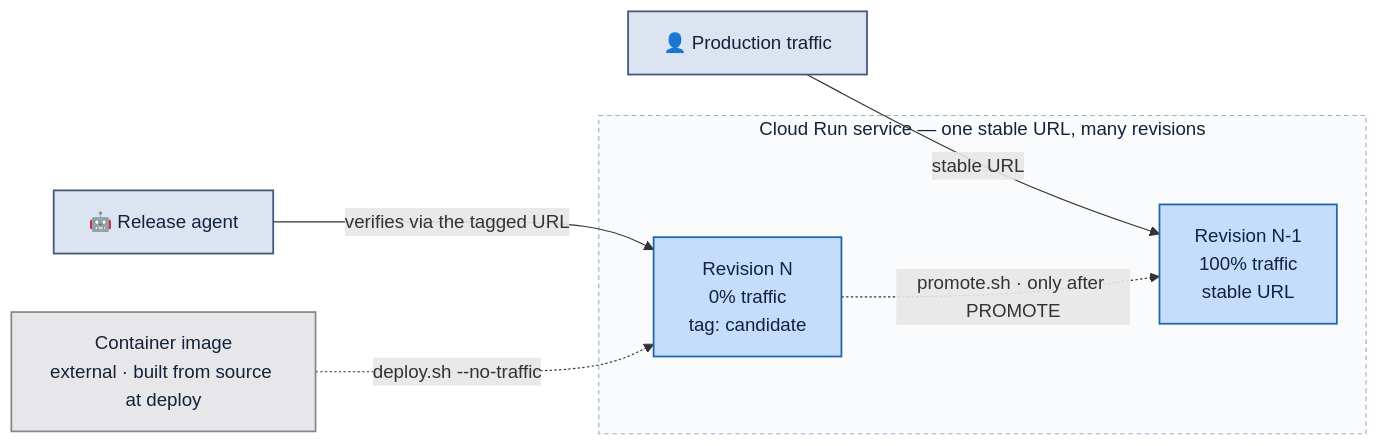
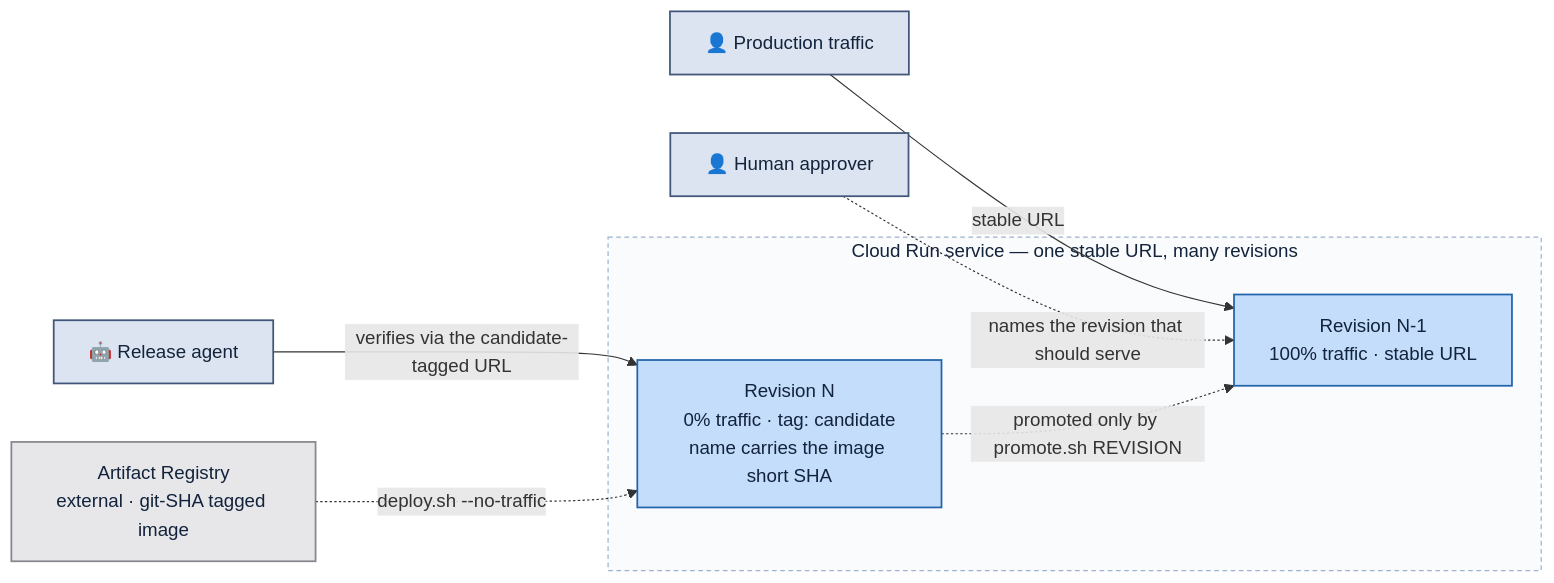
Before and after one commit to TryHarder01/release-agent-demo: the fifth of 7 diagrams in ARCHITECTURE.md, drawn with Mermaid. The commit also changed other lines of this file, not shown here.

First line of the commit message:
Refresh ARCHITECTURE.md against 595e651

````diff
--- a/ARCHITECTURE.md
+++ b/ARCHITECTURE.md
@@ -225,26 +262,28 @@
 ```mermaid
 flowchart LR
     users["👤 Production traffic"]
     agent["🤖 Release agent"]
+    approver["👤 Human approver"]
+
+    ar["Artifact Registry\nexternal · git-SHA tagged image"]
 
     subgraph service["Cloud Run service — one stable URL, many revisions"]
-        prod["Revision N-1\n100% traffic\nstable URL"]
-        cand["Revision N\n0% traffic\ntag: candidate"]
+        prod["Revision N-1\n100% traffic · stable URL"]
+        cand["Revision N\n0% traffic · tag: candidate\nname carries the image short SHA"]
     end
 
-    registry["Container image\nexternal · built from source at deploy"]
-
     users -->|"stable URL"| prod
-    agent -->|"verifies via the tagged URL"| cand
-    registry -.->|"deploy.sh --no-traffic"| cand
-    cand -.->|"promote.sh · only after PROMOTE"| prod
+    agent -->|"verifies via the candidate-tagged URL"| cand
+    ar -.->|"deploy.sh --no-traffic"| cand
+    approver -.->|"names the revision that should serve"| prod
+    cand -.->|"promoted only by promote.sh REVISION"| prod
 
     classDef actor    fill:#dbe4f0,stroke:#41567a,stroke-width:1.5px,color:#12233b
     classDef owned    fill:#c3ddfb,stroke:#2264ab,stroke-width:1.5px,color:#12233b
     classDef external fill:#e7e7ea,stroke:#87878f,stroke-width:1.5px,color:#12233b
     classDef boundary fill:#fafbfd,stroke:#9db2cd,stroke-width:1px,stroke-dasharray:4 3,color:#12233b
-    class users,agent actor
+    class users,agent,approver actor
     class prod,cand owned
-    class registry external
+    class ar external
     class service boundary
 ```
````
